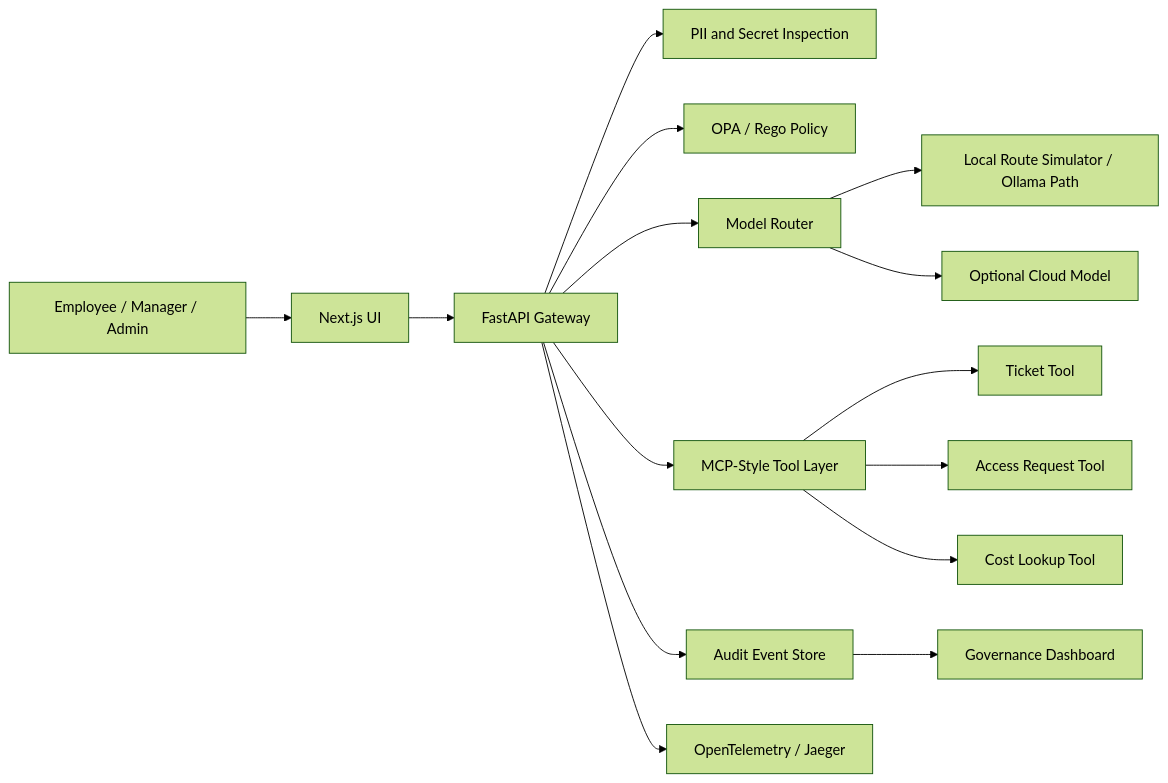
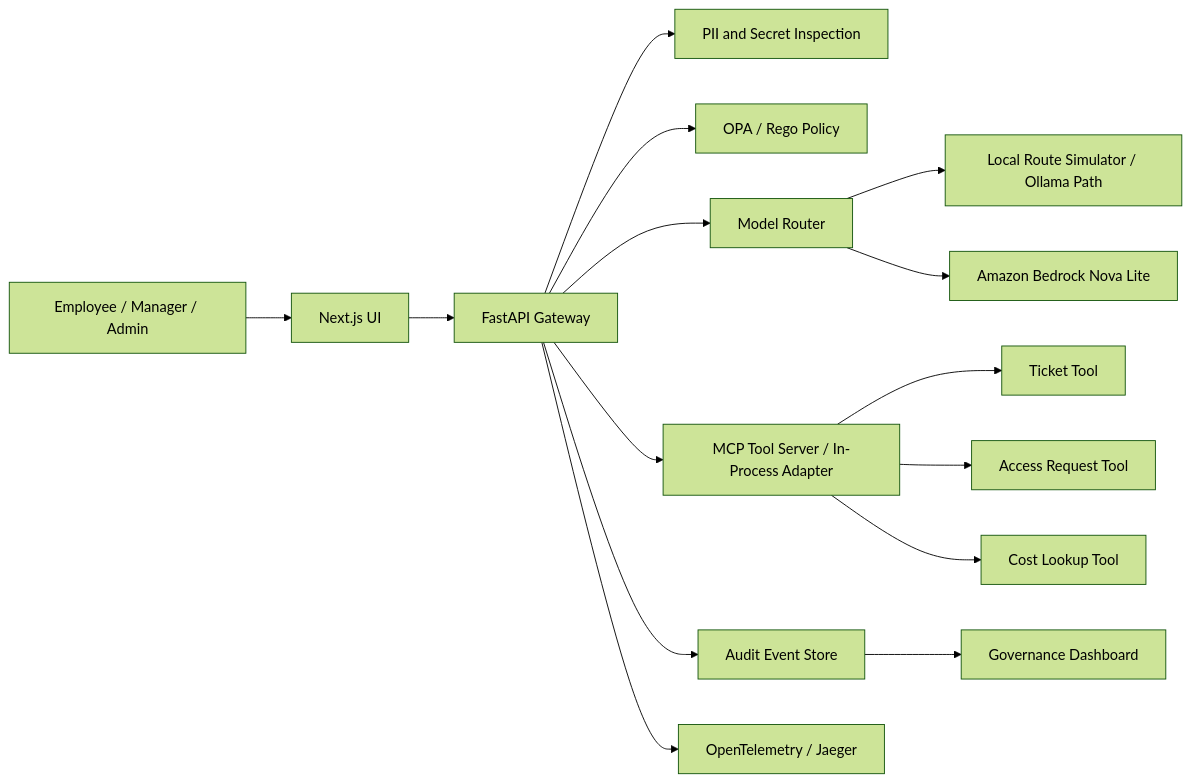
One commit to manynames3/aegisdesk-cloudops-control-plane changed the diagram in README.md. Above: the diagram before and after it, drawn with Mermaid (forest theme). The commit also changed other lines of this file and 44 other files, not shown here.

Commit message:
feat: add Bedrock DynamoDB JWKS MCP and deploy automation

````diff
--- a/README.md
+++ b/README.md
@@ -76,17 +78,17 @@
 ```mermaid
 flowchart LR
     User["Employee / Manager / Admin"] --> Web["Next.js UI"]
     Web --> API["FastAPI Gateway"]
     API --> Redaction["PII and Secret Inspection"]
     API --> OPA["OPA / Rego Policy"]
     API --> Router["Model Router"]
     Router --> Local["Local Route Simulator / Ollama Path"]
-    Router --> Cloud["Optional Cloud Model"]
-    API --> Tools["MCP-Style Tool Layer"]
+    Router --> Cloud["Amazon Bedrock Nova Lite"]
+    API --> Tools["MCP Tool Server / In-Process Adapter"]
     Tools --> Ticket["Ticket Tool"]
     Tools --> Access["Access Request Tool"]
     Tools --> Cost["Cost Lookup Tool"]
     API --> Audit["Audit Event Store"]
     API --> Trace["OpenTelemetry / Jaeger"]
     Audit --> Dashboard["Governance Dashboard"]
 ```
````
